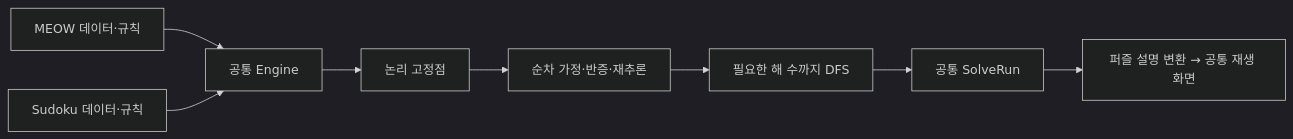
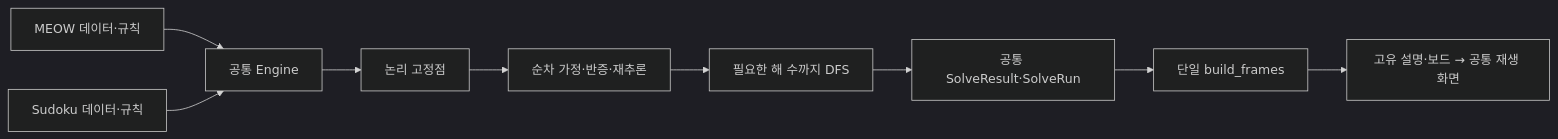
Before and after one commit to June2358/meow-puzzle-solver: the diagram in docs/architecture.md, drawn with Mermaid (dark theme). The commit also changed other lines of this file and 40 other files, not shown here.

````diff
--- a/docs/architecture.md
+++ b/docs/architecture.md
@@ -21,10 +22,11 @@
 ```mermaid
 flowchart LR
     M[MEOW 데이터·규칙] --> E[공통 Engine]
     S[Sudoku 데이터·규칙] --> E
     E --> L[논리 고정점]
     L --> P[순차 가정·반증·재추론]
     P --> D[필요한 해 수까지 DFS]
-    D --> R[공통 SolveRun]
-    R --> V[퍼즐 설명 변환 → 공통 재생 화면]
+    D --> R[공통 SolveResult·SolveRun]
+    R --> F[단일 build_frames]
+    F --> V[고유 설명·보드 → 공통 재생 화면]
 ```
````
